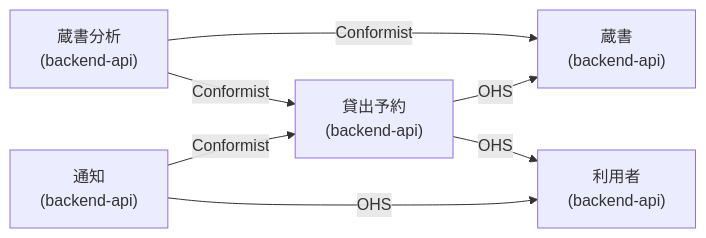
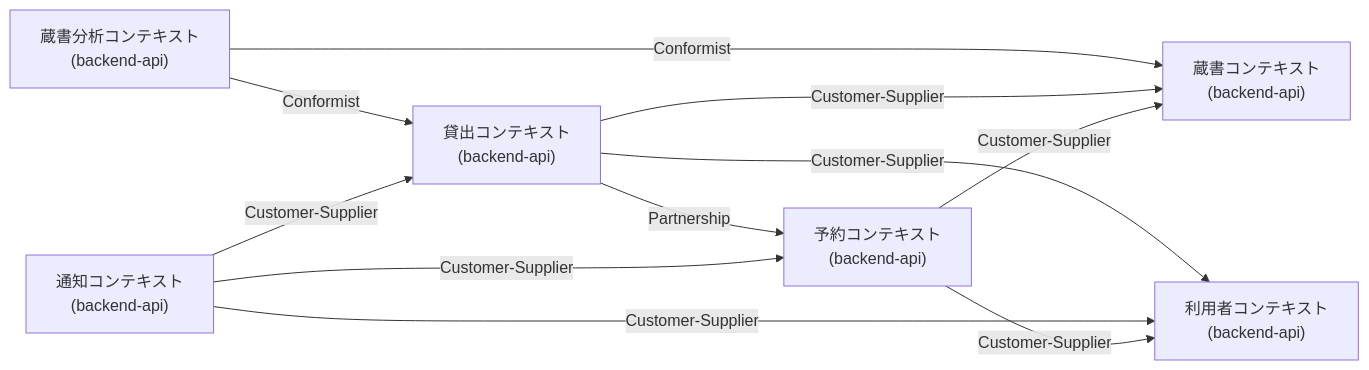
Before and after one commit to suwa-sh/suwa-sh-claude-plugins: the third of 3 diagrams in samples/distillery2/library-loan/docs/adr/architecture.md, drawn with Mermaid. The commit also changed other lines of this file and 249 other files, not shown here.

````diff
--- a/samples/distillery2/library-loan/docs/adr/architecture.md
+++ b/samples/distillery2/library-loan/docs/adr/architecture.md
@@ -50,14 +50,19 @@
 ```mermaid
 flowchart LR
-  analytics["蔵書分析<br/>(backend-api)"]
-  catalog["蔵書<br/>(backend-api)"]
-  circulation["貸出予約<br/>(backend-api)"]
-  notification["通知<br/>(backend-api)"]
-  patron["利用者<br/>(backend-api)"]
+  analytics["蔵書分析コンテキスト<br/>(backend-api)"]
+  catalog["蔵書コンテキスト<br/>(backend-api)"]
+  loan["貸出コンテキスト<br/>(backend-api)"]
+  notification["通知コンテキスト<br/>(backend-api)"]
+  patron["利用者コンテキスト<br/>(backend-api)"]
+  reservation["予約コンテキスト<br/>(backend-api)"]
   analytics --> |Conformist| catalog
-  analytics --> |Conformist| circulation
-  circulation --> |OHS| catalog
-  circulation --> |OHS| patron
-  notification --> |Conformist| circulation
-  notification --> |OHS| patron
+  analytics --> |Conformist| loan
+  loan --> |Customer-Supplier| catalog
+  loan --> |Customer-Supplier| patron
+  loan --> |Partnership| reservation
+  notification --> |Customer-Supplier| loan
+  notification --> |Customer-Supplier| patron
+  notification --> |Customer-Supplier| reservation
+  reservation --> |Customer-Supplier| catalog
+  reservation --> |Customer-Supplier| patron
 ```
````
